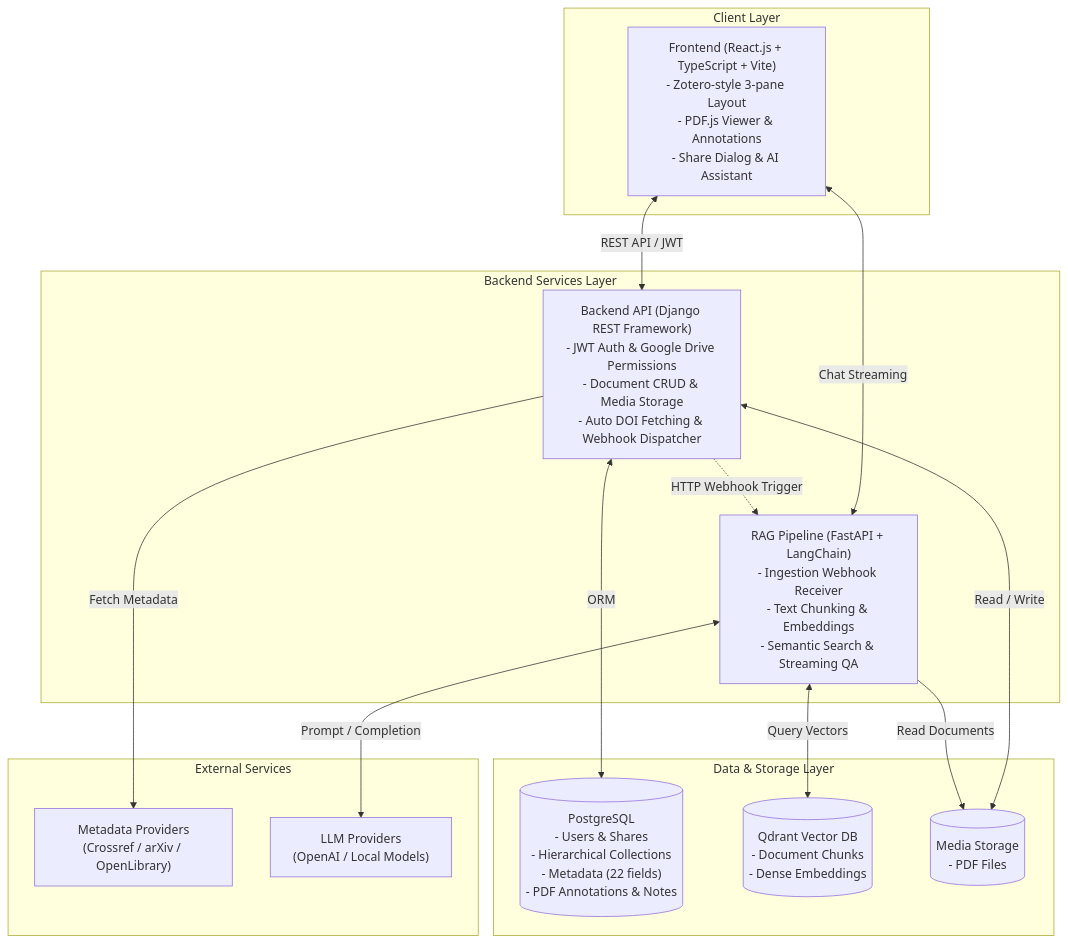
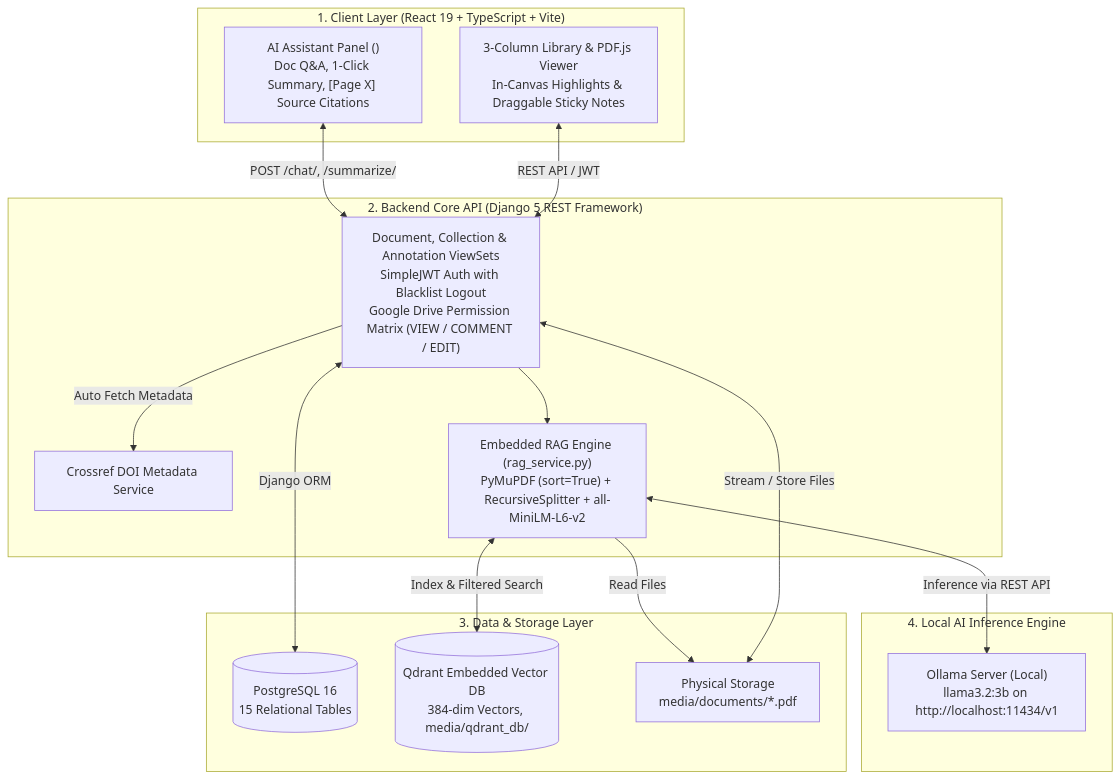
One commit to Scrowbin/science-document-viewer changed the diagram in README.md. Above: the diagram before and after it, drawn with Mermaid. The commit also changed other lines of this file and 12 other files, not shown here.

First line of the commit message:
docs(architecture): refine midterm scope, UML specifications, and embedded RAG design

````diff
--- a/README.md
+++ b/README.md
@@ -37,32 +36,33 @@
 ```mermaid
 flowchart TB
-    subgraph Client ["Client Layer"]
-        FE["Frontend (React.js + TypeScript + Vite)\n- Zotero-style 3-pane Layout\n- PDF.js Viewer & Annotations\n- Share Dialog & AI Assistant"]
+    subgraph ClientLayer ["1. Client Layer (React 19 + TypeScript + Vite)"]
+        FE_UI["3-Column Library & PDF.js Viewer\nIn-Canvas Highlights & Draggable Sticky Notes"]
+        FE_AI["AI Assistant Panel (<AiChatPanel>)\nDoc Q&A, 1-Click Summary, [Page X] Source Citations"]
     end
 
-    subgraph External ["External Services"]
-        DOI["Metadata Providers\n(Crossref / arXiv / OpenLibrary)"]
-        LLM["LLM Providers\n(OpenAI / Local Models)"]
+    subgraph BackendLayer ["2. Backend Core API (Django 5 REST Framework)"]
+        BE_API["Document, Collection & Annotation ViewSets\nSimpleJWT Auth with Blacklist Logout\nGoogle Drive Permission Matrix (VIEW / COMMENT / EDIT)"]
+        BE_DOI["Crossref DOI Metadata Service"]
+        BE_RAG["Embedded RAG Engine (rag_service.py)\nPyMuPDF (sort=True) + RecursiveSplitter + all-MiniLM-L6-v2"]
     end
 
-    subgraph BackendServices ["Backend Services Layer"]
-        BE["Backend API (Django REST Framework)\n- JWT Auth & Google Drive Permissions\n- Document CRUD & Media Storage\n- Auto DOI Fetching & Webhook Dispatcher"]
-        RAG["RAG Pipeline (FastAPI + LangChain)\n- Ingestion Webhook Receiver\n- Text Chunking & Embeddings\n- Semantic Search & Streaming QA"]
+    subgraph DataLayer ["3. Data & Storage Layer"]
+        PG[("PostgreSQL 16\n15 Relational Tables")]
+        QD[("Qdrant Embedded Vector DB\n384-dim Vectors, media/qdrant_db/")]
+        FS["Physical Storage\nmedia/documents/*.pdf"]
     end
 
-    subgraph DataStorage ["Data & Storage Layer"]
-        PG[("PostgreSQL\n- Users & Shares\n- Hierarchical Collections\n- Metadata (22 fields)\n- PDF Annotations & Notes")]
-        QD[("Qdrant Vector DB\n- Document Chunks\n- Dense Embeddings")]
-        FS[("Media Storage\n- PDF Files")]
+    subgraph LocalAI ["4. Local AI Inference Engine"]
+        OLLAMA["Ollama Server (Local)\nllama3.2:3b on http://localhost:11434/v1"]
     end
 
-    FE <-->|REST API / JWT| BE
-    FE <-->|Chat Streaming| RAG
-    BE -->|Fetch Metadata| DOI
-    BE <-->|ORM| PG
-    BE <-->|Read / Write| FS
-    BE -.->|HTTP Webhook Trigger| RAG
-    RAG <-->|Query Vectors| QD
-    RAG <-->|Prompt / Completion| LLM
-    RAG -->|Read Documents| FS
+    FE_UI <-->|REST API / JWT| BE_API
+    FE_AI <-->|POST /chat/, /summarize/| BE_API
+    BE_API -->|Auto Fetch Metadata| BE_DOI
+    BE_API <-->|Django ORM| PG
+    BE_API <-->|Stream / Store Files| FS
+    BE_API --> BE_RAG
+    BE_RAG <-->|Index & Filtered Search| QD
+    BE_RAG <-->|Inference via REST API| OLLAMA
+    BE_RAG -->|Read Files| FS
 ```
````
